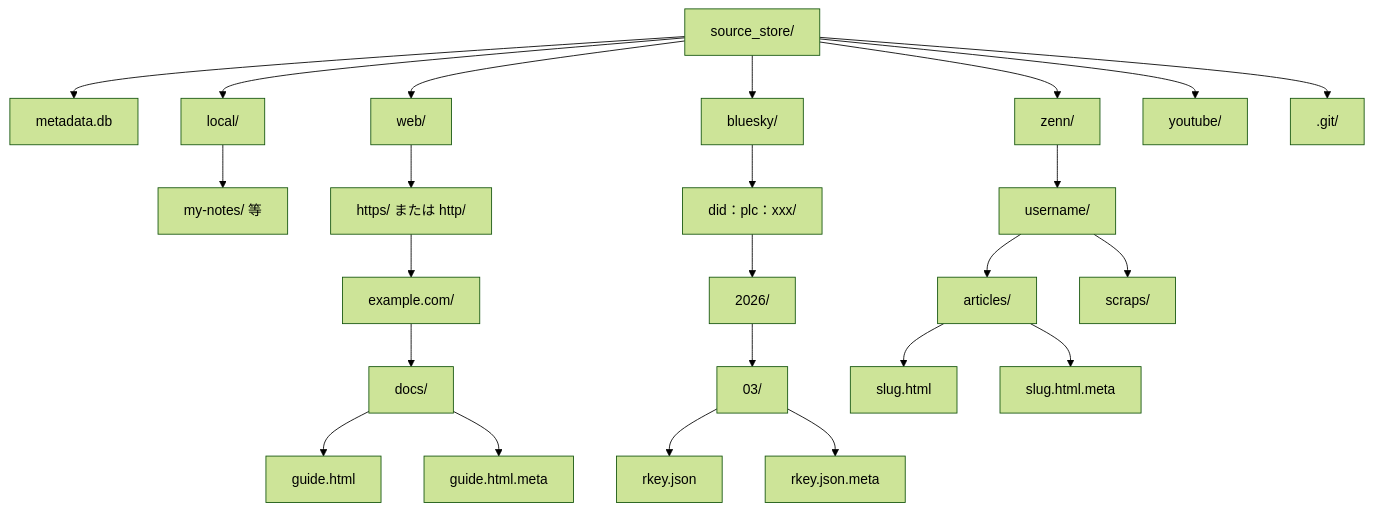
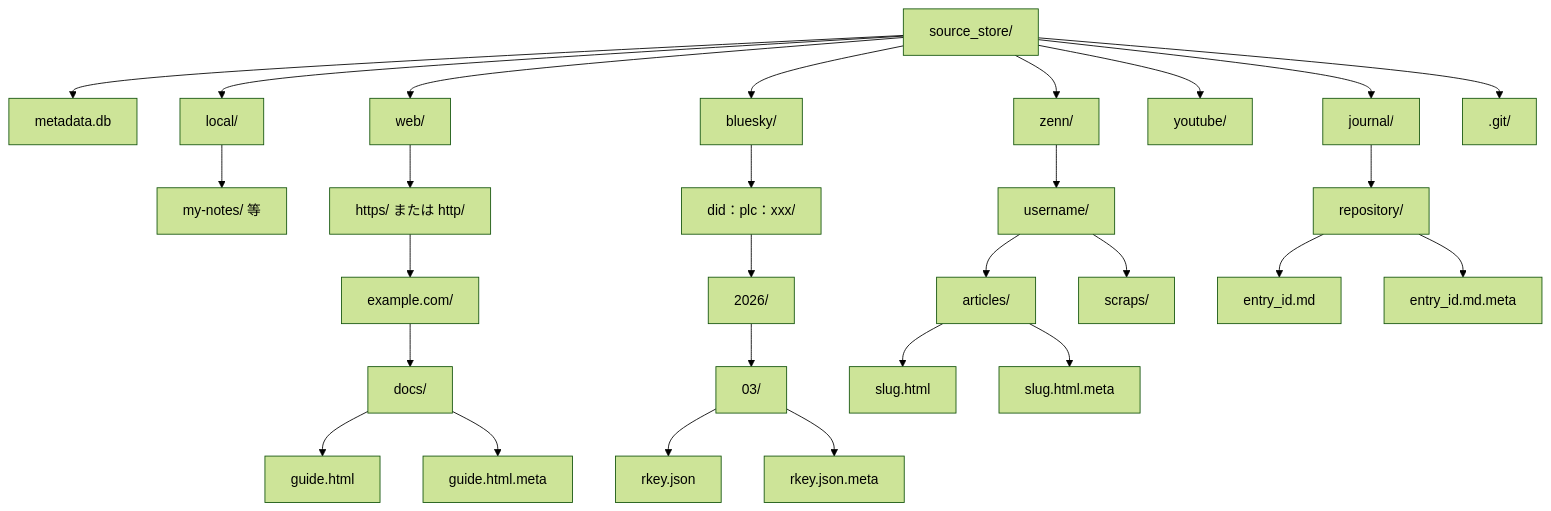
Before and after one commit to becky3/rag-knowledge: the diagram in docs/specs/source-store.md, drawn with Mermaid (forest theme). The commit also changed other lines of this file and 24 other files, not shown here.

````diff
--- a/docs/specs/source-store.md
+++ b/docs/specs/source-store.md
@@ -110,28 +110,32 @@
 ```mermaid
 flowchart TD
     SS["source_store/"]
     SS --> META_DB["metadata.db"]
     SS --> LOCAL["local/"]
     SS --> WEB["web/"]
     SS --> BS["bluesky/"]
     SS --> ZENN["zenn/"]
     SS --> YT["youtube/"]
+    SS --> JNL["journal/"]
     SS --> DOT_GIT[".git/"]
 
     LOCAL --> L_USER["my-notes/ 等"]
     WEB --> W_PROTO["https/ または http/"]
     W_PROTO --> W_DOMAIN["example.com/"]
     W_DOMAIN --> W_PATH["docs/"]
     W_PATH --> W_FILE["guide.html"]
     W_PATH --> W_META["guide.html.meta"]
     BS --> BS_DID["did：plc：xxx/"]
     BS_DID --> BS_YEAR["2026/"]
     BS_YEAR --> BS_MONTH["03/"]
     BS_MONTH --> BS_POST["rkey.json"]
     BS_MONTH --> BS_POST_META["rkey.json.meta"]
     ZENN --> Z_USER["username/"]
     Z_USER --> Z_ART["articles/"]
     Z_USER --> Z_SCR["scraps/"]
     Z_ART --> Z_SLUG["slug.html"]
     Z_ART --> Z_SLUG_META["slug.html.meta"]
+    JNL --> JNL_REPO["repository/"]
+    JNL_REPO --> JNL_ENTRY["entry_id.md"]
+    JNL_REPO --> JNL_META["entry_id.md.meta"]
 ```
````
